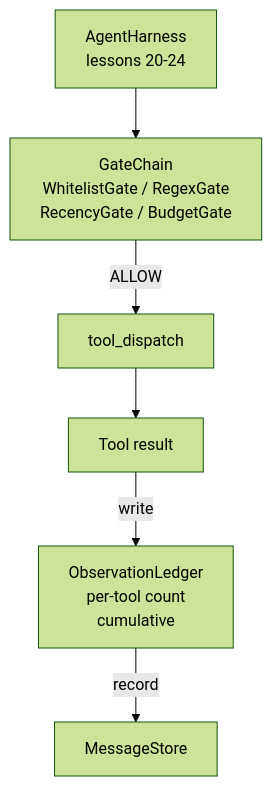
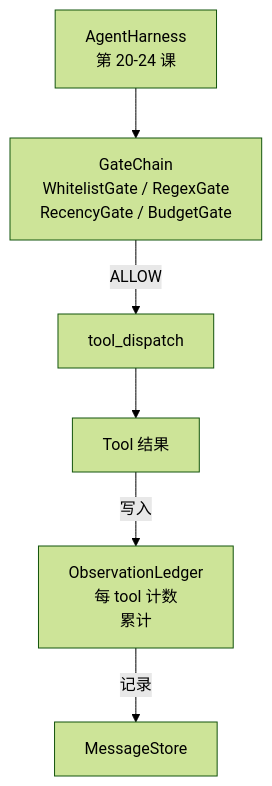
One commit to JerryC8080/ai-engineering-from-scratch-zh changed the second of 2 diagrams in phases/19-capstone-projects/25-verification-gates-observation-budget/docs/zh.md. Above: the diagram before and after it, drawn with Mermaid (forest theme). The commit also changed other lines of this file and 156 other files, not shown here.

First line of the commit message:
i18n(zh): translate mermaid diagram labels in 157 lesson zh.md

````diff
--- a/phases/19-capstone-projects/25-verification-gates-observation-budget/docs/zh.md
+++ b/phases/19-capstone-projects/25-verification-gates-observation-budget/docs/zh.md
@@ -57,8 +57,8 @@
 ```mermaid
 flowchart TD
-  Harness[AgentHarness<br/>lessons 20-24] --> Chain[GateChain<br/>WhitelistGate / RegexGate<br/>RecencyGate / BudgetGate]
+  Harness[AgentHarness<br/>第 20-24 课] --> Chain[GateChain<br/>WhitelistGate / RegexGate<br/>RecencyGate / BudgetGate]
   Chain -->|ALLOW| Dispatch[tool_dispatch]
-  Dispatch --> Result[Tool result]
-  Result -->|write| Ledger[ObservationLedger<br/>per-tool count<br/>cumulative]
-  Ledger -->|record| Store[MessageStore]
+  Dispatch --> Result[Tool 结果]
+  Result -->|写入| Ledger[ObservationLedger<br/>每 tool 计数<br/>累计]
+  Ledger -->|记录| Store[MessageStore]
 ```
````
